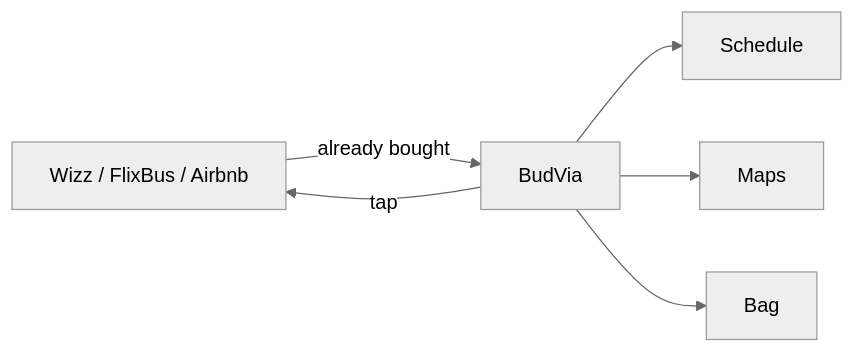
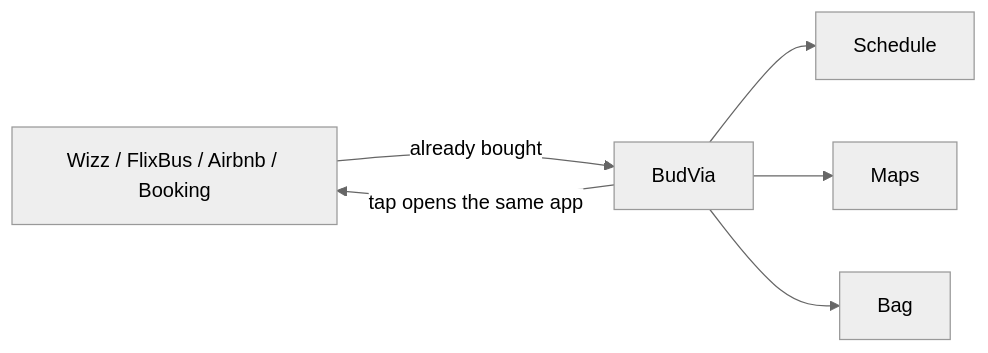
The diagram in README.md (CemalSakin/belvia), drawn with Mermaid (neutral theme) before and after one commit. The commit also changed other lines of this file, not shown here.

````diff
--- a/README.md
+++ b/README.md
@@ -56,8 +74,8 @@
 ```mermaid
 flowchart LR
-  A[Wizz / FlixBus / Airbnb] -->|already bought| B[BudVia]
+  A[Wizz / FlixBus / Airbnb / Booking] -->|already bought| B[BudVia]
   B --> C[Schedule]
   B --> D[Maps]
   B --> E[Bag]
-  B -->|tap| A
+  B -->|tap opens the same app| A
 ```
````
